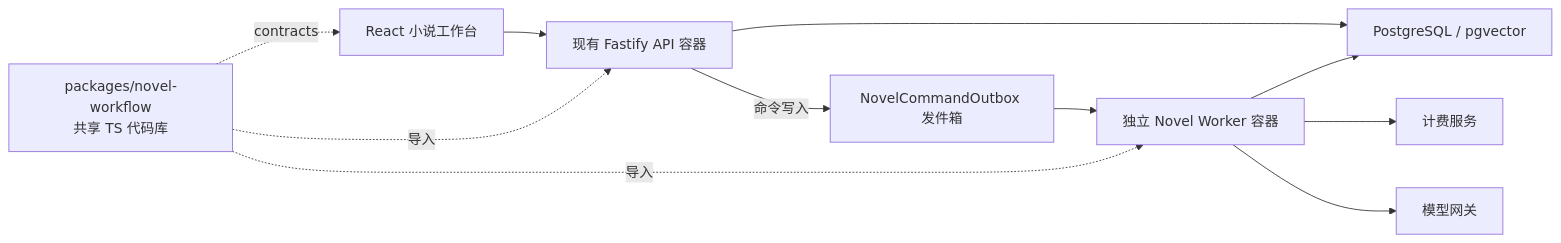
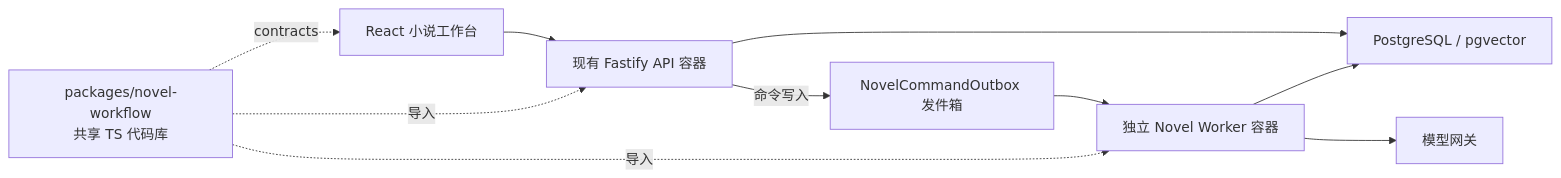
One commit to a1150534468/ai-project changed the diagram in docs/novel.md. Above: the diagram before and after it, drawn with Mermaid. The commit also changed 16 other files, not shown here.

````diff
--- a/docs/novel.md
+++ b/docs/novel.md
@@ -26,13 +26,12 @@
 ```mermaid
 flowchart LR
     Web["React 小说工作台"] --> API["现有 Fastify API 容器"]
     API --> DB["PostgreSQL / pgvector"]
     API -->|命令写入| OB["NovelCommandOutbox 发件箱"]
     OB --> Worker["独立 Novel Worker 容器"]
     Worker --> DB
-    Worker --> Billing["计费服务"]
     Worker --> LLM["模型网关"]
     Pkg["packages/novel-workflow<br/>共享 TS 代码库"] -.导入.-> API
     Pkg -.导入.-> Worker
     Pkg -.contracts.-> Web
 ```
````
